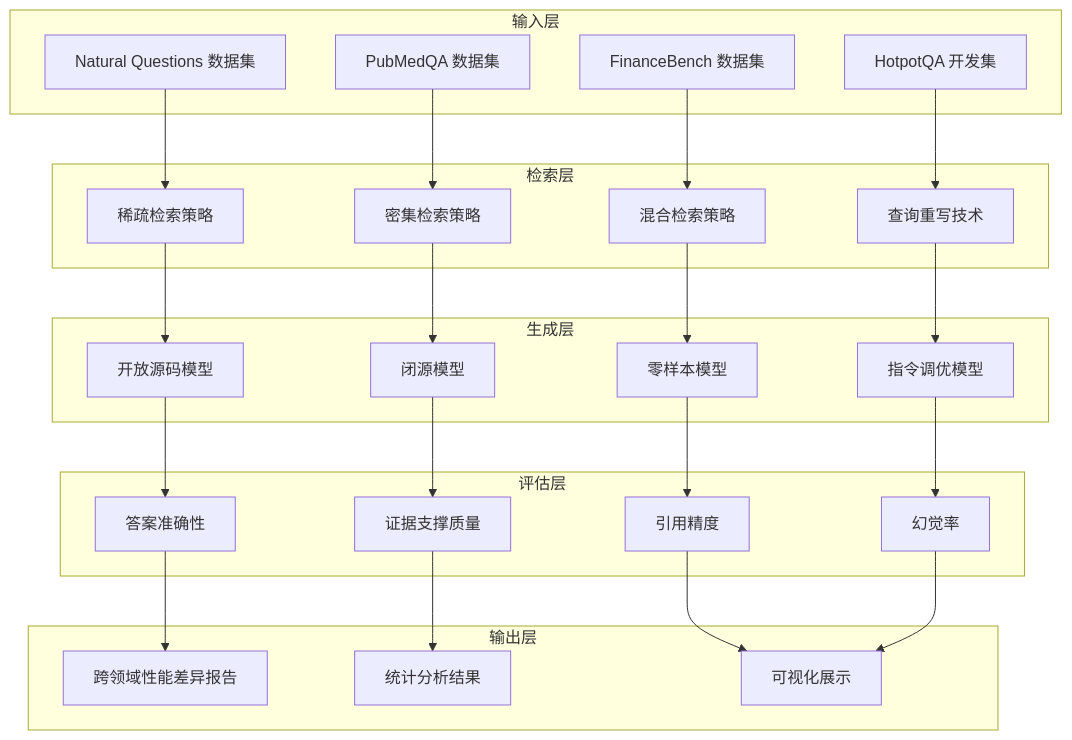
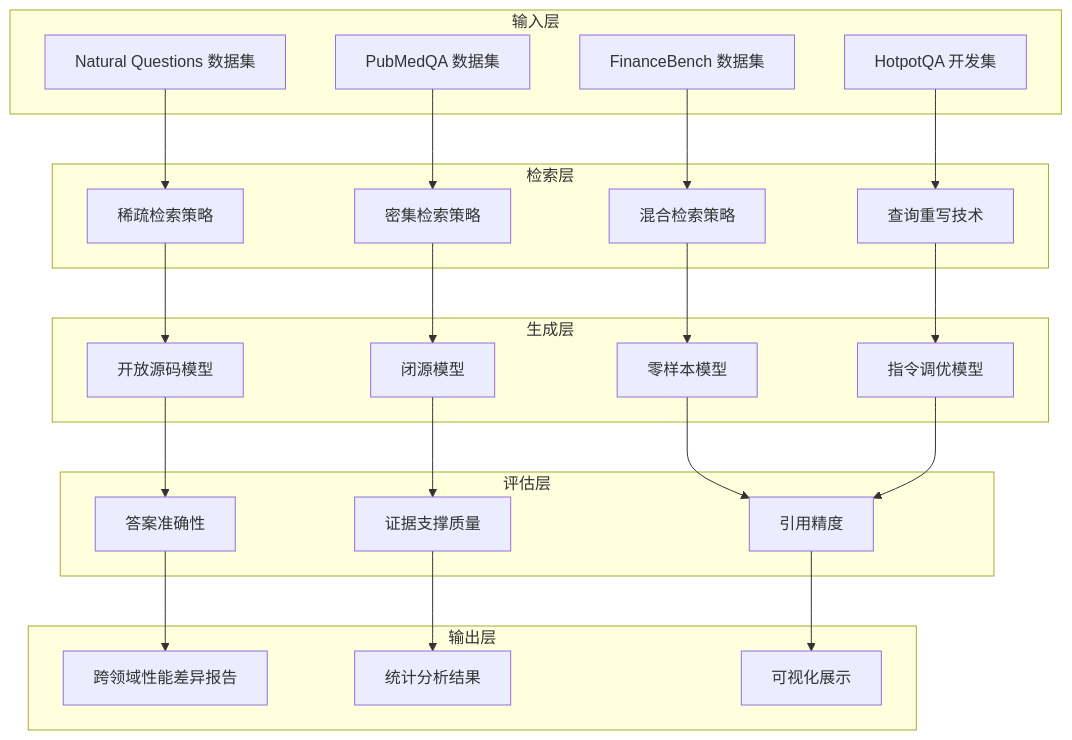
One commit to kitee0918/-nlp-rag-project changed the third of 15 diagrams in .qoder/repowiki/zh/content/跨领域性能评估.md. Above: the diagram before and after it, drawn with Mermaid. The commit also changed other lines of this file and 9 other files, not shown here.

````diff
--- a/.qoder/repowiki/zh/content/跨领域性能评估.md
+++ b/.qoder/repowiki/zh/content/跨领域性能评估.md
@@ -138,48 +102,46 @@
 ```mermaid
 graph TB
 subgraph "输入层"
 A[Natural Questions 数据集]
 B[PubMedQA 数据集]
 C[FinanceBench 数据集]
 D[HotpotQA 开发集]
 end
 subgraph "检索层"
 E[稀疏检索策略]
 F[密集检索策略]
 G[混合检索策略]
 H[查询重写技术]
 end
 subgraph "生成层"
 I[开放源码模型]
 J[闭源模型]
 K[零样本模型]
 L[指令调优模型]
 end
 subgraph "评估层"
 M[答案准确性]
 N[证据支撑质量]
 O[引用精度]
-P[幻觉率]
 end
 subgraph "输出层"
 Q[跨领域性能差异报告]
 R[统计分析结果]
 S[可视化展示]
 end
 A --> E
 B --> F
 C --> G
 D --> H
 E --> I
 F --> J
 G --> K
 H --> L
 I --> M
 J --> N
 K --> O
-L --> P
+L --> O
 M --> Q
 N --> R
 O --> S
-P --> S
 ```
````
